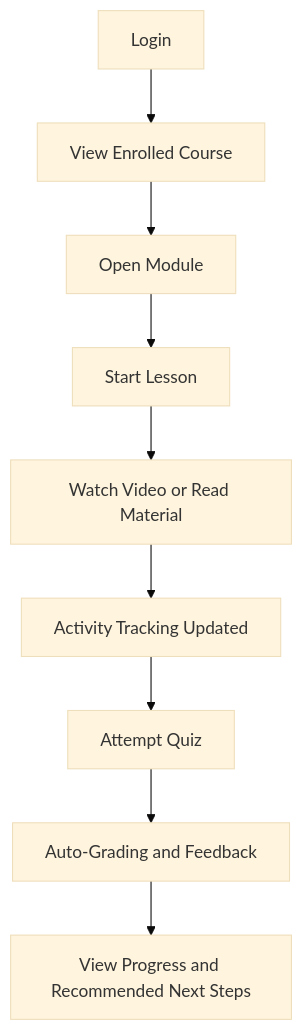
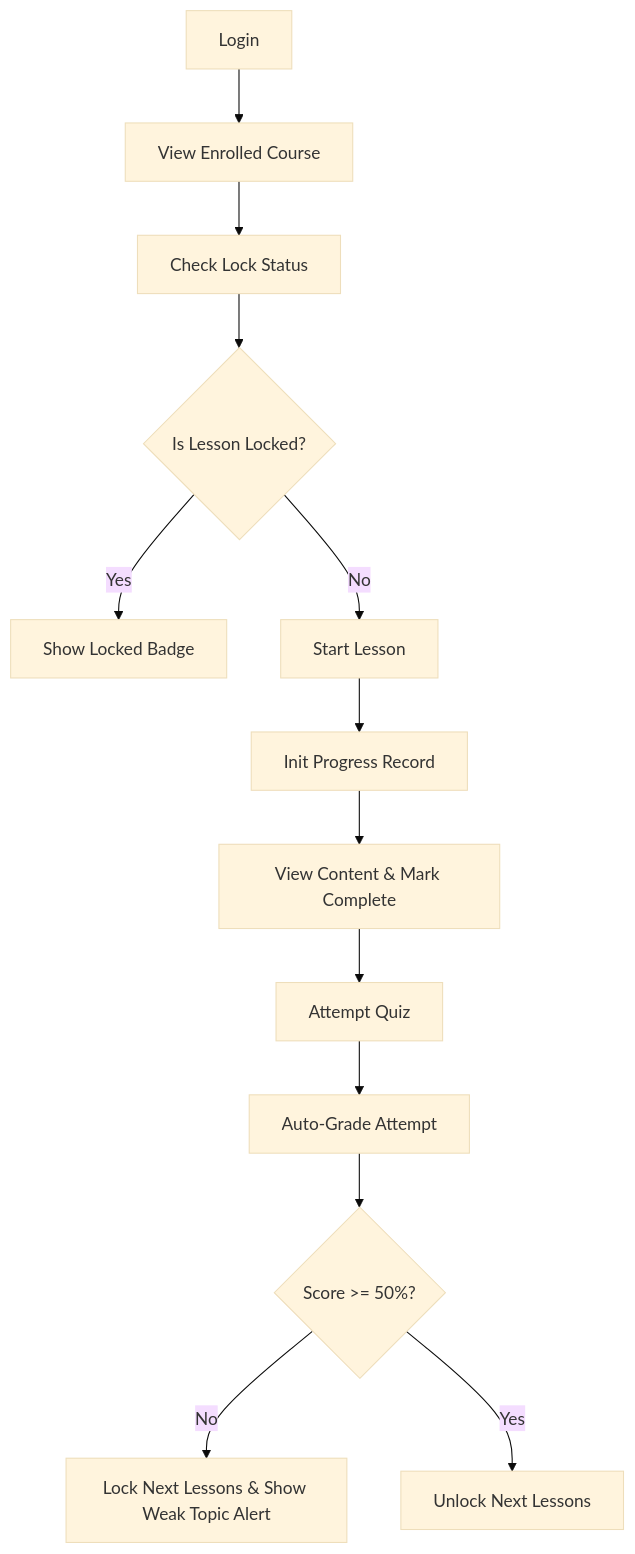
Before and after one commit to wingkit123/QuestLearn: the second of 15 diagrams in part-i/Use-Cases.md, drawn with Mermaid (base theme). The commit also changed other lines of this file and 2 other files, not shown here.

````diff
--- a/part-i/Use-Cases.md
+++ b/part-i/Use-Cases.md
@@ -348,11 +349,15 @@
 ```mermaid
 flowchart TD
     A[Login] --> B[View Enrolled Course]
-    B --> C[Open Module]
-    C --> D[Start Lesson]
-    D --> E[Watch Video or Read Material]
-    E --> F[Activity Tracking Updated]
-    F --> G[Attempt Quiz]
-    G --> H[Auto-Grading and Feedback]
-    H --> I[View Progress and Recommended Next Steps]
+    B --> C[Check Lock Status]
+    C --> D{Is Lesson Locked?}
+    D -- Yes --> E[Show Locked Badge]
+    D -- No --> F[Start Lesson]
+    F --> G[Init Progress Record]
+    G --> H[View Content & Mark Complete]
+    H --> I[Attempt Quiz]
+    I --> J[Auto-Grade Attempt]
+    J --> K{Score >= 50%?}
+    K -- No --> L[Lock Next Lessons & Show Weak Topic Alert]
+    K -- Yes --> M[Unlock Next Lessons]
 ```
````
